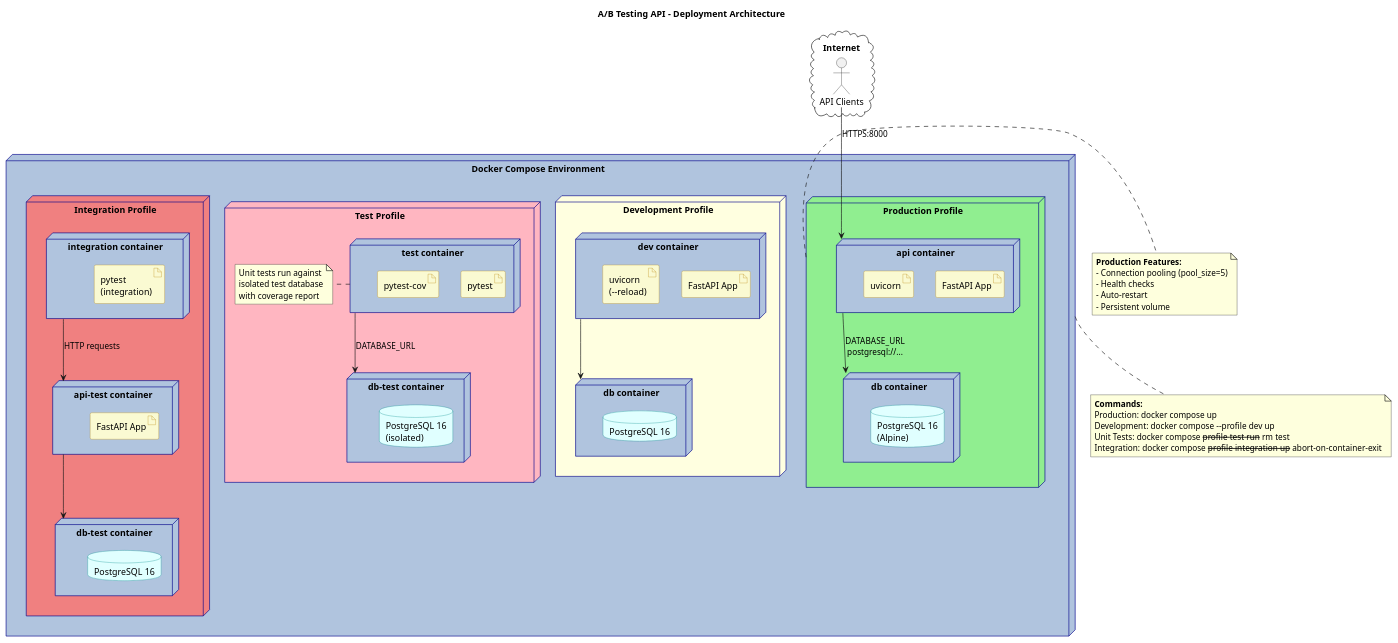
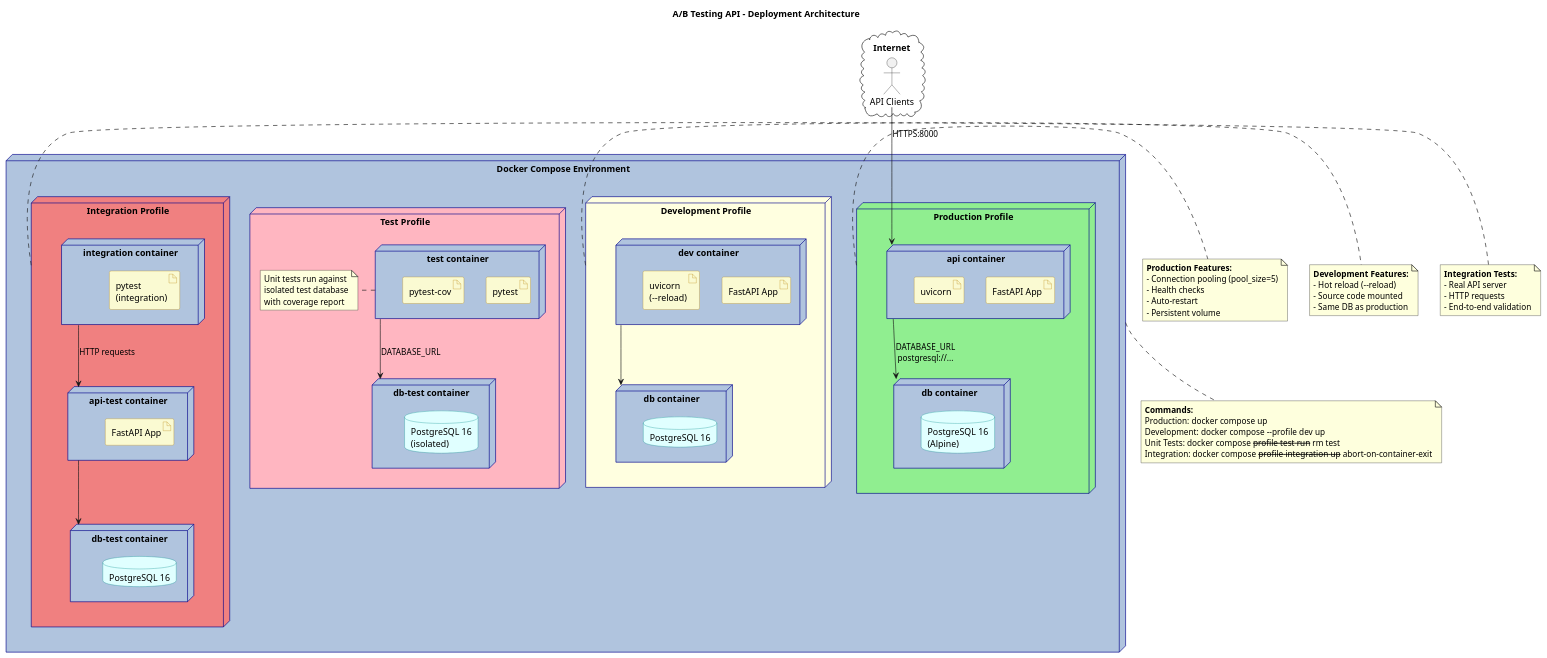
The diagram in docs/diagrams/deployment.puml (huangyingw/neonblue_ab_testing_api), drawn with PlantUML before and after one commit. The commit also changed 3 other files, not shown here.

First line of the commit message:
Add visual notes to all PlantUML diagrams

```diff
--- a/docs/diagrams/deployment.puml
+++ b/docs/diagrams/deployment.puml
@@ -1,121 +1,135 @@
 @startuml Deployment Architecture
 
 ' ============================================================================
 ' Deployment Architecture Diagram
 ' ============================================================================
 ' This diagram shows how the A/B Testing API is deployed using Docker Compose.
 '
 ' Four deployment profiles:
 ' 1. Production (default): api + db containers, production-ready settings
 ' 2. Development (--profile dev): Hot reload enabled for rapid development
 ' 3. Test (--profile test): Isolated db-test for unit tests with coverage
 ' 4. Integration (--profile integration): Full API + test runner for E2E tests
 '
 ' All profiles use PostgreSQL 16 (Alpine) for the database.
 ' Each profile has its own isolated database to prevent data conflicts.
 ' ============================================================================
 
 skinparam backgroundColor white
 skinparam node {
     BackgroundColor LightSteelBlue
     BorderColor DarkBlue
 }
 skinparam artifact {
     BackgroundColor LightGoldenRodYellow
     BorderColor DarkGoldenRod
 }
 skinparam database {
     BackgroundColor LightCyan
     BorderColor DarkCyan
 }
 
 title A/B Testing API - Deployment Architecture
 
 node "Docker Compose Environment" as DockerEnv {
 
     node "Production Profile" as Prod #LightGreen {
         node "db container" as DBContainer {
             database "PostgreSQL 16\n(Alpine)" as ProdDB
         }
 
         node "api container" as ProdContainer {
             artifact "FastAPI App" as ProdApp
             artifact "uvicorn" as ProdUvicorn
         }
 
         ProdContainer --> DBContainer : "DATABASE_URL\npostgresql://..."
     }
 
     node "Development Profile" as Dev #LightYellow {
         node "db container" as DevDBContainer {
             database "PostgreSQL 16" as DevDB
         }
 
         node "dev container" as DevContainer {
             artifact "FastAPI App" as DevApp
             artifact "uvicorn\n(--reload)" as DevUvicorn
         }
 
         DevContainer --> DevDBContainer
     }
 
     node "Test Profile" as Test #LightPink {
         node "db-test container" as TestDBContainer {
             database "PostgreSQL 16\n(isolated)" as TestDB
         }
 
         node "test container" as TestContainer {
             artifact "pytest" as Pytest
             artifact "pytest-cov" as PytestCov
         }
 
         TestContainer --> TestDBContainer : "DATABASE_URL"
 
         note right of TestContainer
           Unit tests run against
           isolated test database
           with coverage report
         end note
     }
 
     node "Integration Profile" as Integration #LightCoral {
         node "db-test container" as IntDBContainer {
             database "PostgreSQL 16" as IntDB
         }
 
         node "api-test container" as IntAPIContainer {
             artifact "FastAPI App" as IntApp
         }
 
         node "integration container" as IntTestContainer {
             artifact "pytest\n(integration)" as IntPytest
         }
 
         IntAPIContainer --> IntDBContainer
         IntTestContainer --> IntAPIContainer : "HTTP requests"
     }
 }
 
 cloud "Internet" as Internet {
     actor "API Clients" as Clients
 }
 
 Clients --> ProdContainer : "HTTPS:8000"
 
 note bottom of DockerEnv
   **Commands:**
   Production: docker compose up
   Development: docker compose --profile dev up
   Unit Tests: docker compose --profile test run --rm test
   Integration: docker compose --profile integration up --abort-on-container-exit
 end note
 
 note right of Prod
   **Production Features:**
   - Connection pooling (pool_size=5)
   - Health checks
   - Auto-restart
   - Persistent volume
 end note
 
+note right of Dev
+  **Development Features:**
+  - Hot reload (--reload)
+  - Source code mounted
+  - Same DB as production
+end note
+
+note right of Integration
+  **Integration Tests:**
+  - Real API server
+  - HTTP requests
+  - End-to-end validation
+end note
+
 @enduml
```
